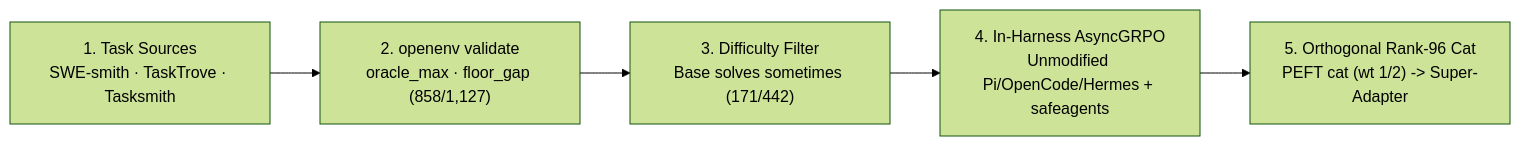
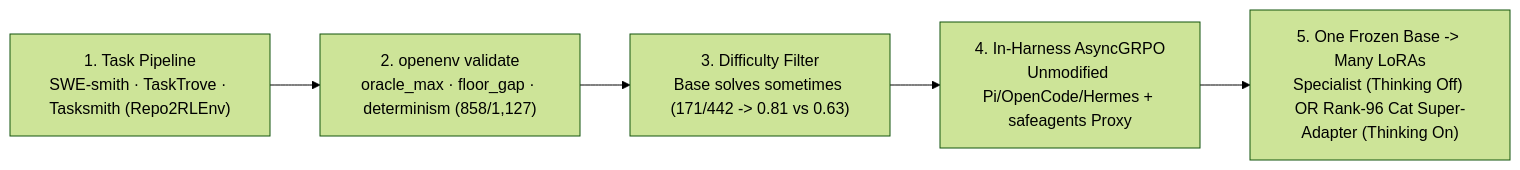
One commit to initalok/ai-swissknife changed the diagram in book/06-adaptation-frontier.md. Above: the diagram before and after it, drawn with Mermaid (forest theme). The commit also changed other lines of this file and 19 other files, not shown here.

````diff
--- a/book/06-adaptation-frontier.md
+++ b/book/06-adaptation-frontier.md
@@ -9,7 +9,7 @@
 ```mermaid
 flowchart LR
-    SRC["1. Task Sources<br/>SWE-smith · TaskTrove · Tasksmith"] --> VAL["2. openenv validate<br/>oracle_max · floor_gap (858/1,127)"]
-    VAL --> DIFF["3. Difficulty Filter<br/>Base solves sometimes (171/442)"]
-    DIFF --> LOOP["4. In-Harness AsyncGRPO<br/>Unmodified Pi/OpenCode/Hermes + safeagents"]
-    LOOP --> MERGE["5. Orthogonal Rank-96 Cat<br/>PEFT cat (wt 1/2) -> Super-Adapter"]
+    SRC["1. Task Pipeline<br/>SWE-smith · TaskTrove · Tasksmith (Repo2RLEnv)"] --> VAL["2. openenv validate<br/>oracle_max · floor_gap · determinism (858/1,127)"]
+    VAL --> DIFF["3. Difficulty Filter<br/>Base solves sometimes (171/442 -> 0.81 vs 0.63)"]
+    DIFF --> LOOP["4. In-Harness AsyncGRPO<br/>Unmodified Pi/OpenCode/Hermes + safeagents Proxy"]
+    LOOP --> SERVE["5. One Frozen Base -> Many LoRAs<br/>Specialist (Thinking Off) OR Rank-96 Cat Super-Adapter (Thinking On)"]
 ```
````
